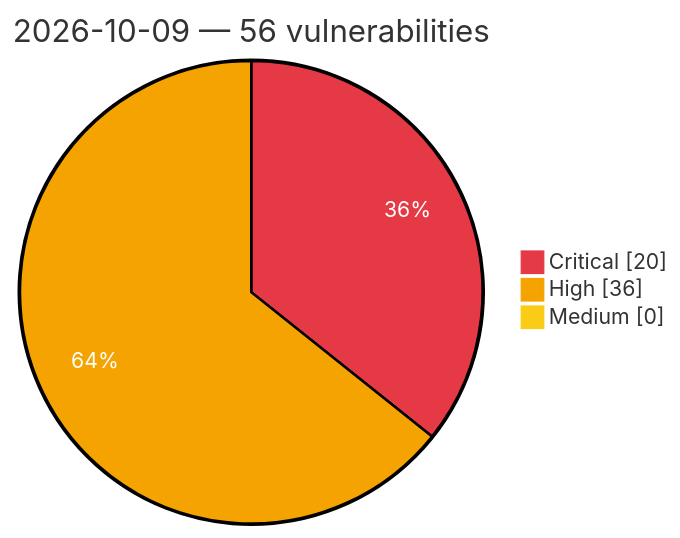
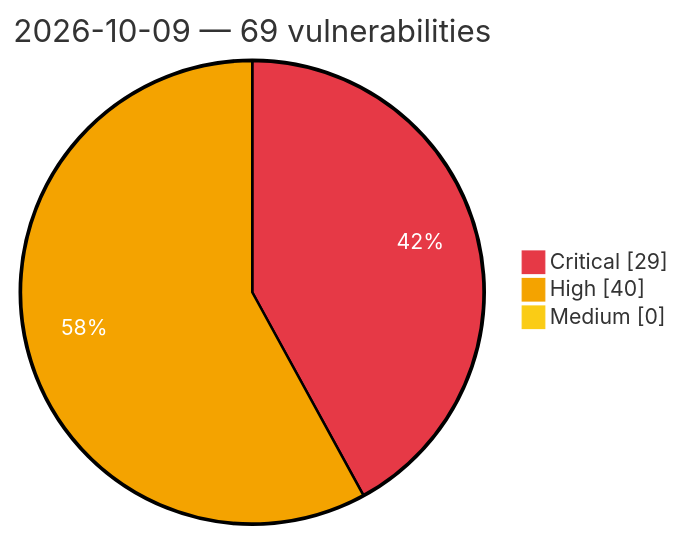
One commit to GhostX0X/vuln-tracker changed the diagram in vulnerabilities/2026/October/2026-10-09.md. Above: the diagram before and after it, drawn with Mermaid. The commit also changed other lines of this file and 5 other files, not shown here.

Commit message:
Auto update: critical/high vulns (2026-10-09 23:30 UTC)

````diff
--- a/vulnerabilities/2026/October/2026-10-09.md
+++ b/vulnerabilities/2026/October/2026-10-09.md
@@ -3,8 +3,8 @@
 ```mermaid
 %%{init: {'theme':'base', 'themeVariables': {'pie1':'#e63946', 'pie2':'#f4a300', 'pie3':'#facc15', 'pieOpacity':'1', 'pieOuterStrokeWidth':'2px', 'pieSectionTextColor':'#ffffff'}}}%%
 pie showData
-    title 2026-10-09 — 56 vulnerabilities
-    "Critical" : 20
-    "High" : 36
+    title 2026-10-09 — 69 vulnerabilities
+    "Critical" : 29
+    "High" : 40
     "Medium" : 0
 ```
````
